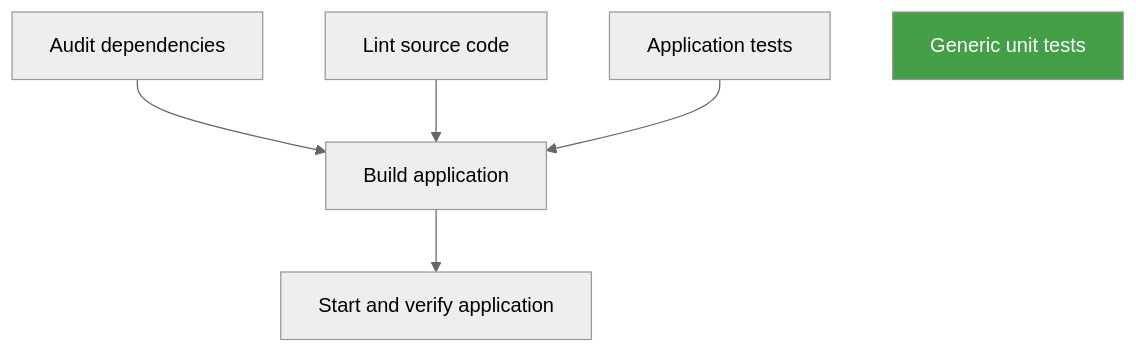
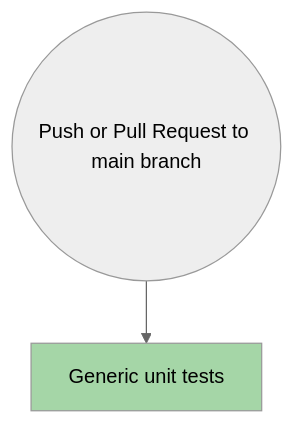
The second of 2 diagrams in README.md (Scorpieau/javascript-spa-simple), drawn with Mermaid (neutral theme) before and after one commit. The commit also changed other lines of this file, not shown here.

````diff
--- a/README.md
+++ b/README.md
@@ -78,9 +82,6 @@
 ```mermaid
 flowchart TD
-    A[Audit dependencies] --> E[Build application]
-    B[Lint source code] --> E
-    C[Application tests] --> E
-    E --> F[Start and verify application]
-    D[Generic unit tests]
-    style D fill:#43a047,color:#fff 
+    T((Push or Pull Request to main branch))
+    T --> D[Generic unit tests]
+    style D fill:#a5d6a7,color:#000
 ```
````
